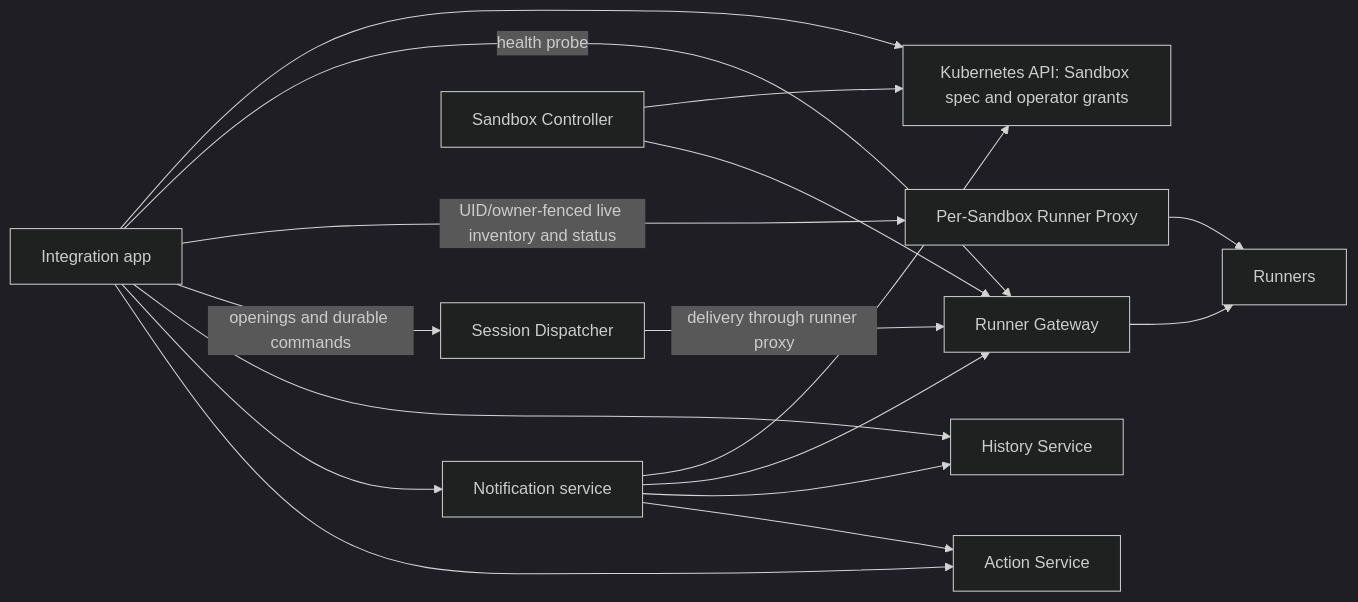
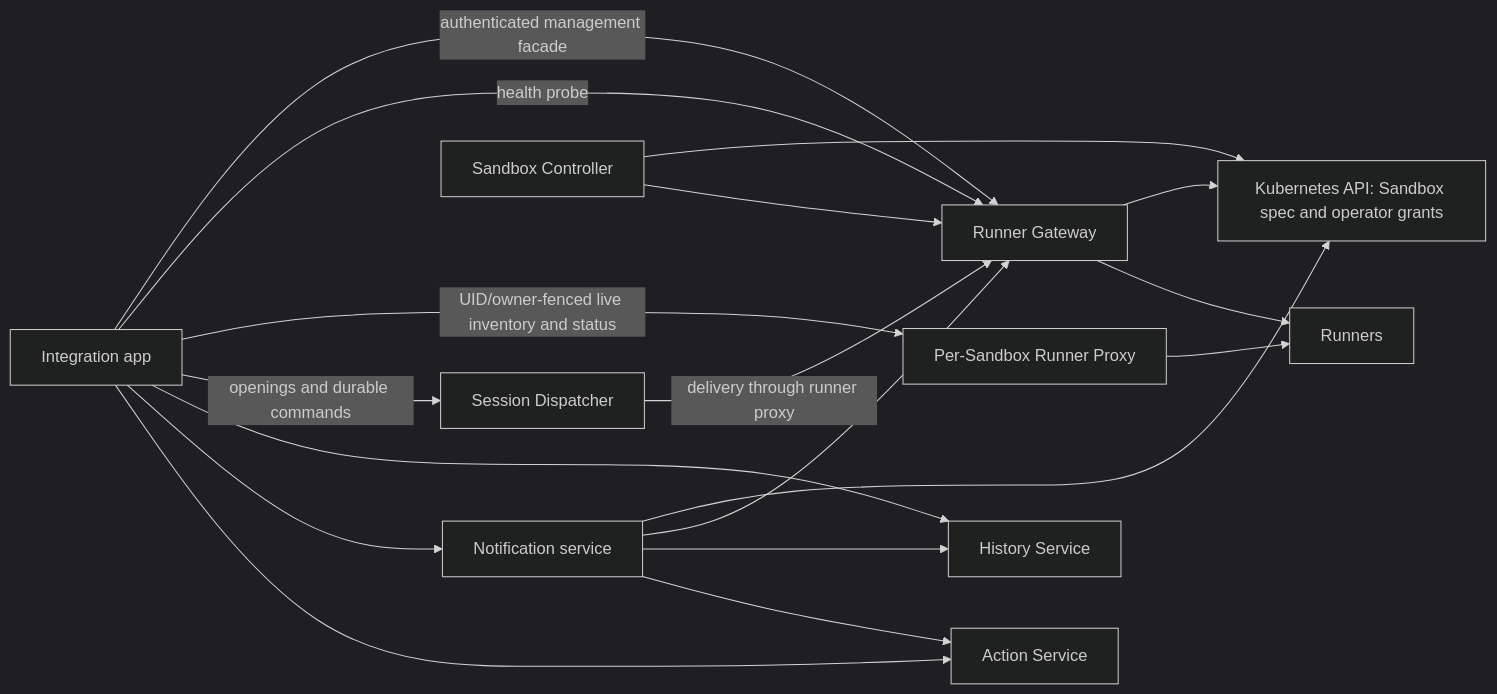
One commit to agentydragon/ducktape changed the diagram in agentplane/docs/service_boundaries.md. Above: the diagram before and after it, drawn with Mermaid (dark theme). The commit also changed other lines of this file and 70 other files, not shown here.

Commit message:
Move Sandbox management into EnvironmentService

````diff
--- a/agentplane/docs/service_boundaries.md
+++ b/agentplane/docs/service_boundaries.md
@@ -13,19 +14,20 @@
 ```mermaid
 flowchart LR
-    App[Integration app] --> Kubernetes[Kubernetes API: Sandbox spec and operator grants]
-    App -->|health probe| Gateway[Runner Gateway]
+    App[Integration app] -->|authenticated management facade| Gateway[Runner Gateway]
+    Gateway --> Kubernetes[Kubernetes API: Sandbox spec and operator grants]
+    App -->|health probe| Gateway
     App -->|UID/owner-fenced live inventory and status| Proxy[Per-Sandbox Runner Proxy]
     App -->|openings and durable commands| Dispatcher[Session Dispatcher]
     Dispatcher -->|delivery through runner proxy| Gateway
     App --> History[History Service]
     App --> Notifications[Notification service]
     App --> Actions[Action Service]
     Notifications --> Kubernetes
     Notifications --> Gateway
     Notifications --> History
     Notifications --> Actions
     Controller[Sandbox Controller] --> Kubernetes
     Controller --> Gateway
     Gateway --> Runners[Runners]
     Proxy --> Runners
 ```
````
